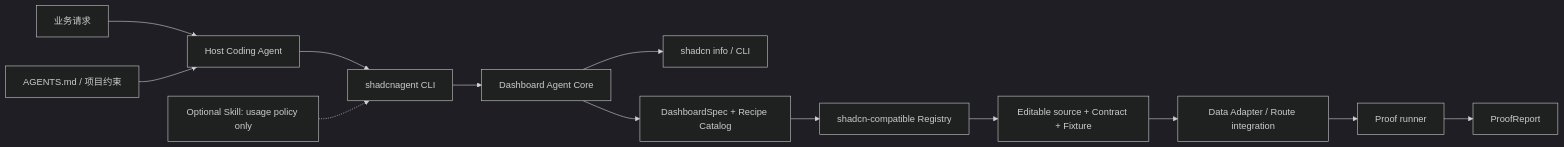
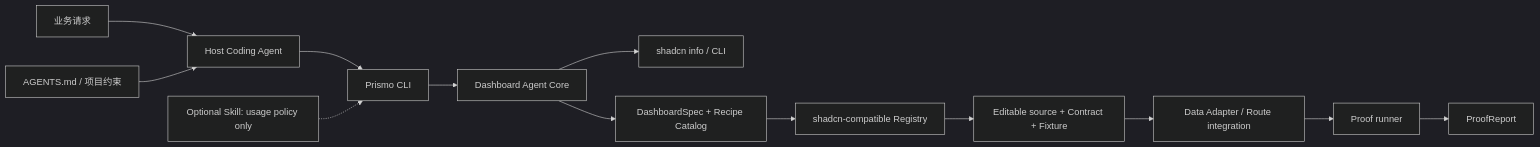
The diagram in docs/product/dashboard-agent-evolution.md (ckken/prismo), drawn with Mermaid (dark theme) before and after one commit. The commit also changed other lines of this file and 42 other files, not shown here.

Commit message:
feat: rebrand shadcnagent as prismo

````diff
--- a/docs/product/dashboard-agent-evolution.md
+++ b/docs/product/dashboard-agent-evolution.md
@@ -16,15 +16,15 @@
 ```mermaid
 flowchart LR
   A["业务请求"] --> B["Host Coding Agent"]
   G["AGENTS.md / 项目约束"] --> B
-  B --> C["shadcnagent CLI"]
+  B --> C["Prismo CLI"]
   C --> D["Dashboard Agent Core"]
   D --> E["shadcn info / CLI"]
   D --> F["DashboardSpec + Recipe Catalog"]
   F --> H["shadcn-compatible Registry"]
   H --> I["Editable source + Contract + Fixture"]
   I --> J["Data Adapter / Route integration"]
   J --> K["Proof runner"]
   K --> L["ProofReport"]
   N["Optional Skill: usage policy only"] -.-> C
 ```
````
